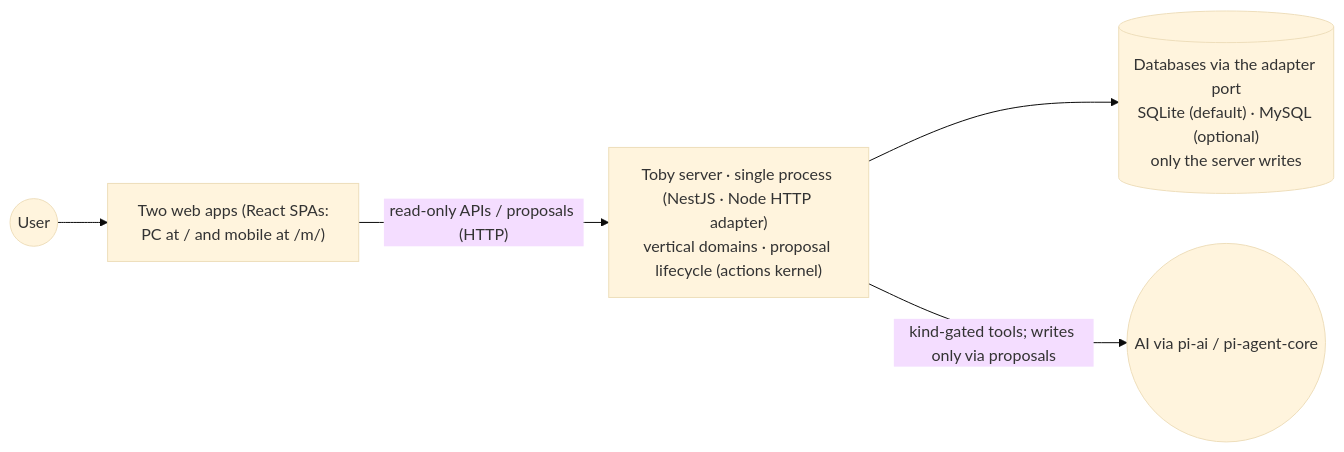
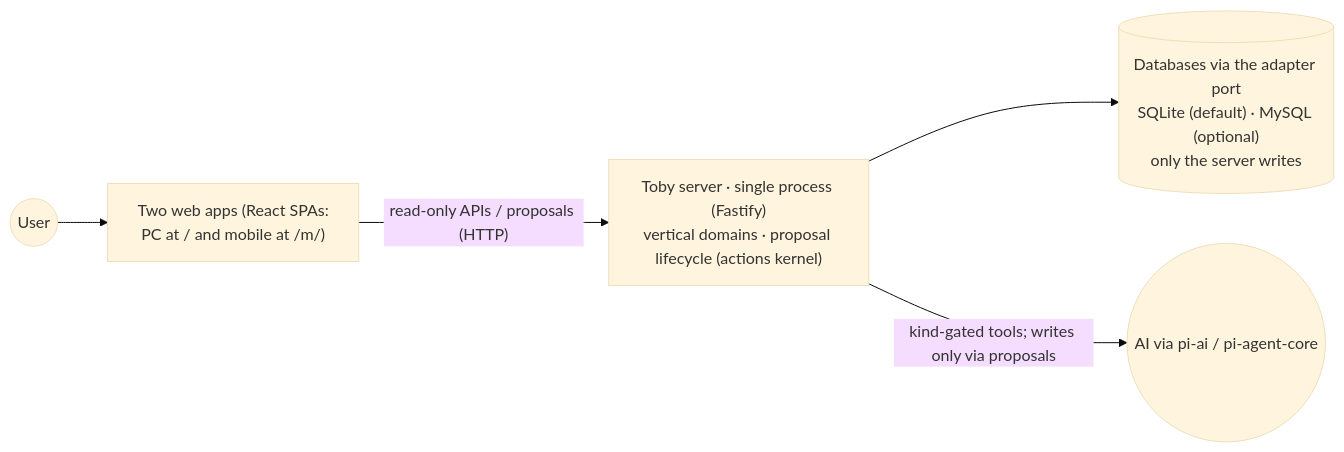
The first of 3 diagrams in docs/system-overview.md (dengyusys/toby), drawn with Mermaid (base theme) before and after one commit. The commit also changed other lines of this file and 21 other files, not shown here.

Commit message:
docs: record the fastify server stack decision

````diff
--- a/docs/system-overview.md
+++ b/docs/system-overview.md
@@ -23,7 +23,7 @@
 ```mermaid
 flowchart LR
     U(("User")) --> W["Two web apps (React SPAs:<br/>PC at / and mobile at /m/)"]
-    W -->|"read-only APIs / proposals (HTTP)"| S["Toby server · single process (NestJS · Node HTTP adapter)<br/>vertical domains · proposal lifecycle (actions kernel)"]
+    W -->|"read-only APIs / proposals (HTTP)"| S["Toby server · single process (Fastify)<br/>vertical domains · proposal lifecycle (actions kernel)"]
     S --> DB[("Databases via the adapter port<br/>SQLite (default) · MySQL (optional)<br/>only the server writes")]
     S -->|"kind-gated tools; writes only via proposals"| AI(("AI via pi-ai / pi-agent-core"))
 ```
````
